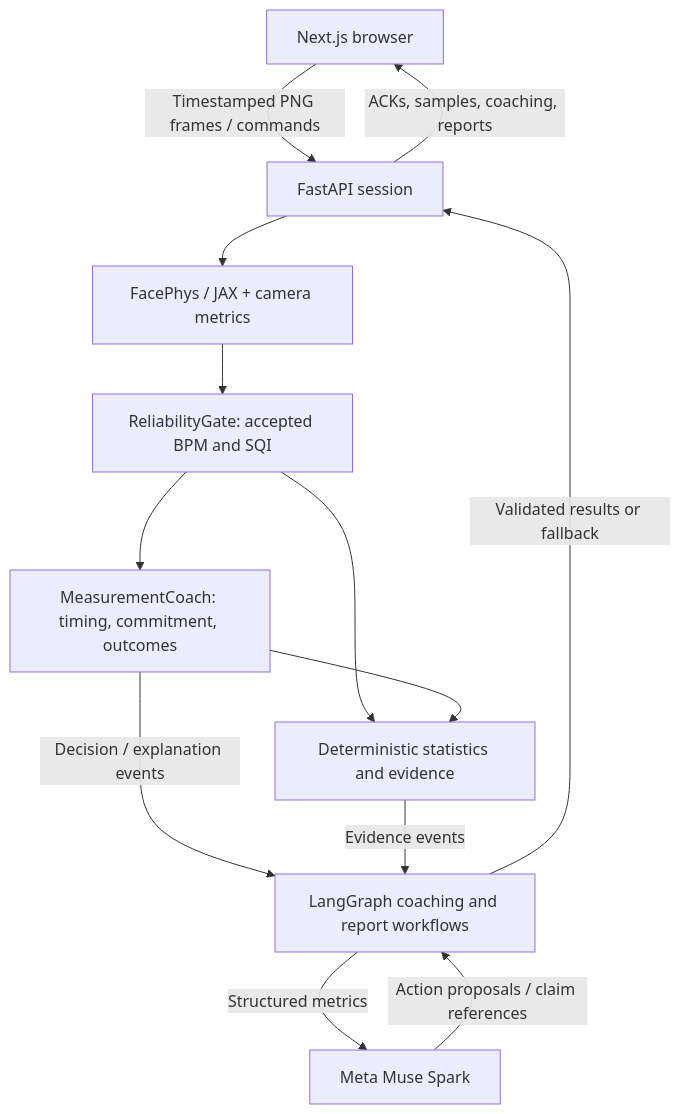
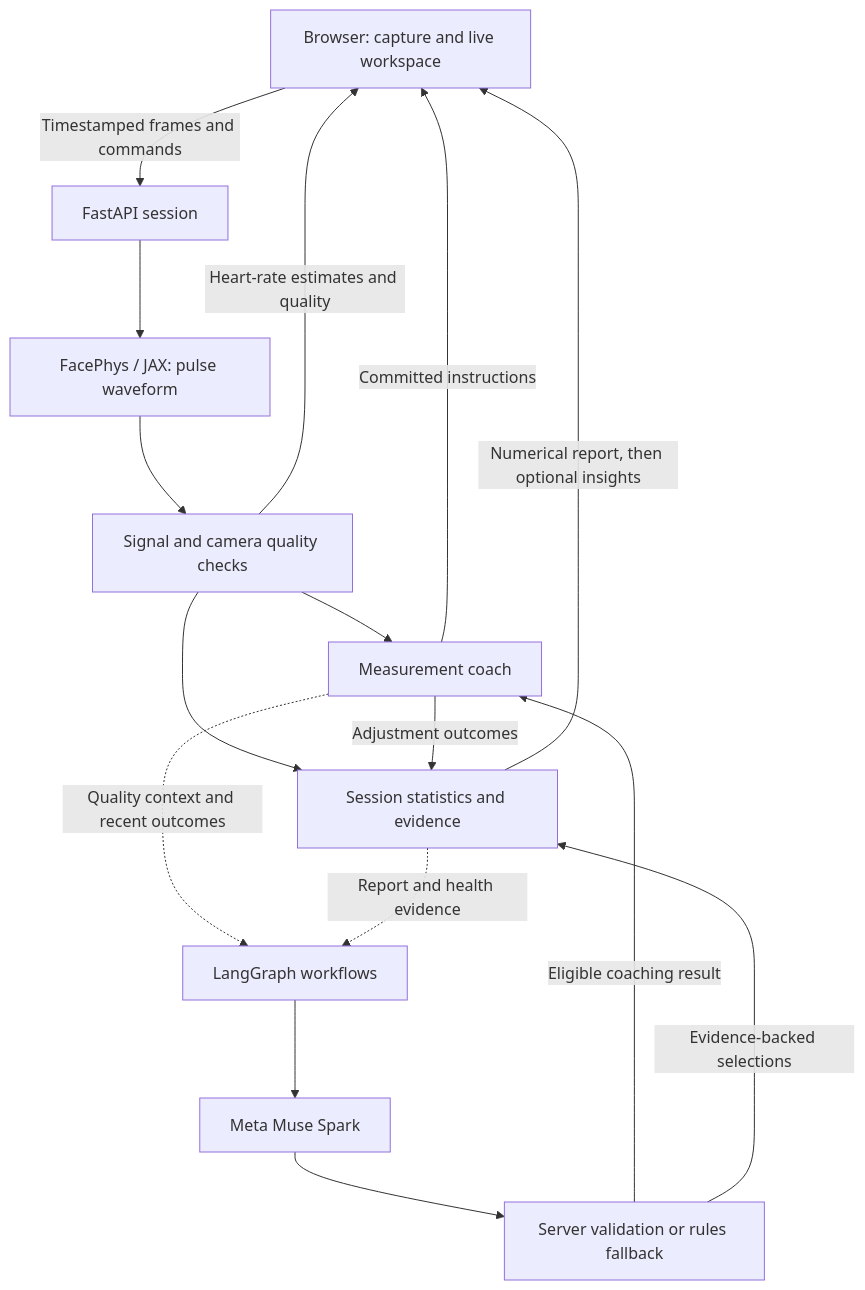
Before and after one commit to SpencerLiang0114/PulsePilot: the first of 2 diagrams in README.md, drawn with Mermaid. The commit also changed other lines of this file and 6 other files, not shown here.

Commit message:
docs: introduce PulsePilot capabilities and agent architecture

````diff
--- a/README.md
+++ b/README.md
@@ -51,15 +21,18 @@
 ```mermaid
 flowchart TD
-    Browser[Next.js browser] -->|Timestamped PNG frames / commands| API[FastAPI session]
-    API --> Sensing[FacePhys / JAX + camera metrics]
-    Sensing --> Gate[ReliabilityGate: accepted BPM and SQI]
-    Gate --> Coach[MeasurementCoach: timing, commitment, outcomes]
-    Gate --> Report[Deterministic statistics and evidence]
-    Coach --> Report
-    Coach -->|Decision / explanation events| Graphs[LangGraph coaching and report workflows]
-    Report -->|Evidence events| Graphs
-    Graphs -->|Structured metrics| Muse[Meta Muse Spark]
-    Muse -->|Action proposals / claim references| Graphs
-    Graphs -->|Validated results or fallback| API
-    API -->|ACKs, samples, coaching, reports| Browser
+    Browser["Browser: capture and live workspace"] -->|Timestamped frames and commands| API["FastAPI session"]
+    API --> FacePhys["FacePhys / JAX: pulse waveform"]
+    FacePhys --> Gate["Signal and camera quality checks"]
+    Gate -->|Heart-rate estimates and quality| Browser
+    Gate --> Coach["Measurement coach"]
+    Gate --> Report["Session statistics and evidence"]
+    Coach -->|Adjustment outcomes| Report
+    Coach -.->|Quality context and recent outcomes| Graphs["LangGraph workflows"]
+    Report -.->|Report and health evidence| Graphs
+    Graphs --> Muse["Meta Muse Spark"]
+    Muse --> Validate["Server validation or rules fallback"]
+    Validate -->|Eligible coaching result| Coach
+    Validate -->|Evidence-backed selections| Report
+    Coach -->|Committed instructions| Browser
+    Report -->|Numerical report, then optional insights| Browser
 ```
````
